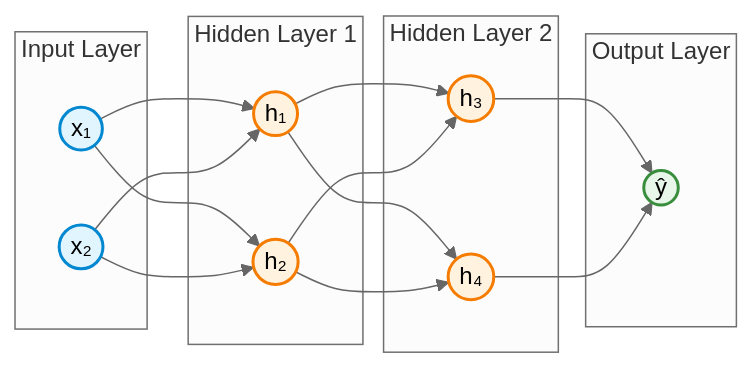
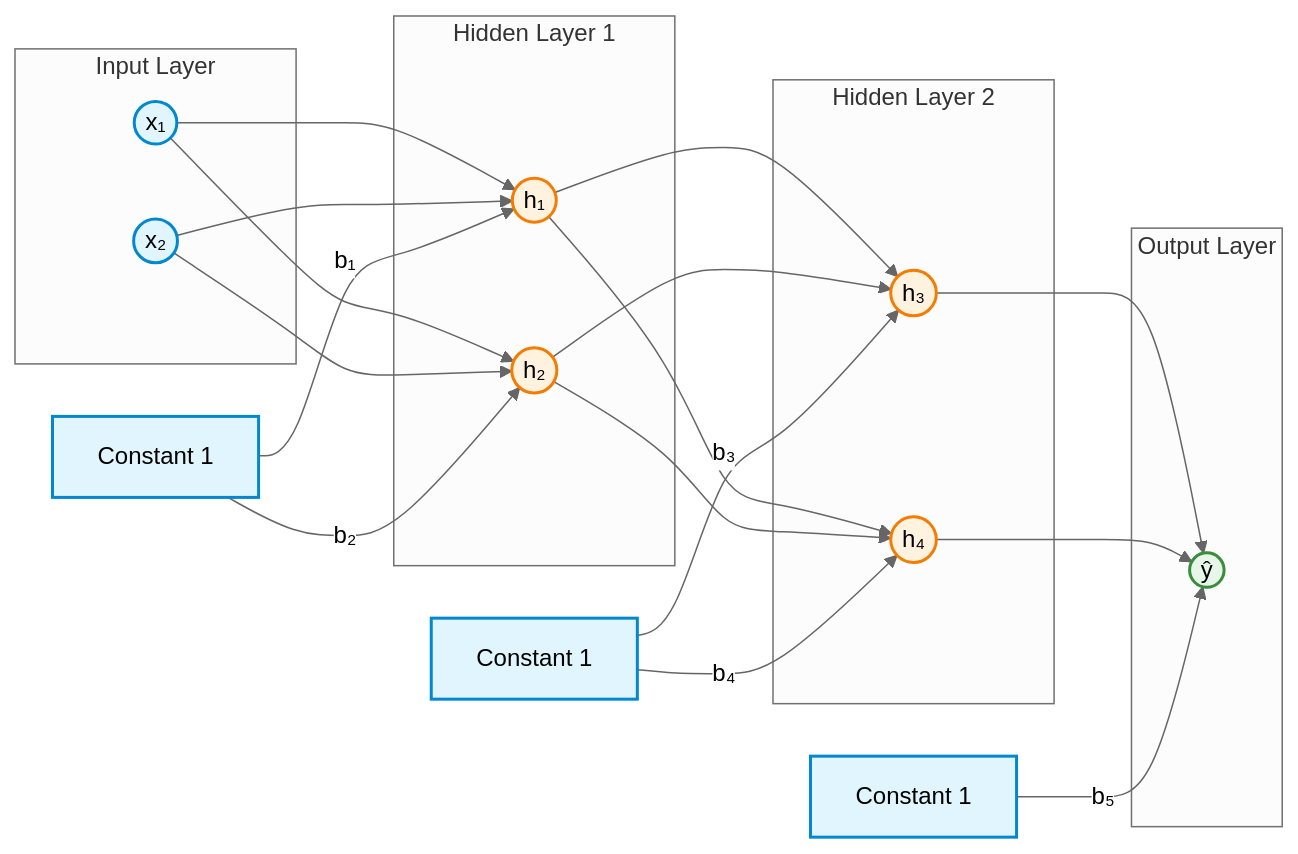
The second of 3 diagrams in material/theory2.md (AI-Learning-Repo/Neural-Networks), drawn with Mermaid (neutral theme) before and after one commit. The commit also changed other lines of this file and 3 other files, not shown here.

````diff
--- a/material/theory2.md
+++ b/material/theory2.md
@@ -81,36 +113,49 @@
 ```mermaid
 graph LR
     classDef input fill:#e1f5fe,stroke:#0288d1,stroke-width:2px;
     classDef hidden fill:#fff3e0,stroke:#f57c00,stroke-width:2px;
     classDef output fill:#e8f5e9,stroke:#388e3c,stroke-width:2px;
 
     subgraph Input_Layer["Input Layer"]
         x1(("x₁")):::input
         x2(("x₂")):::input
     end
 
     subgraph Hidden_Layer_1["Hidden Layer 1"]
         h11(("h₁")):::hidden
         h12(("h₂")):::hidden
     end
 
     subgraph Hidden_Layer_2["Hidden Layer 2"]
         h21(("h₃")):::hidden
         h22(("h₄")):::hidden
     end
 
     subgraph Output_Layer["Output Layer"]
         out(("ŷ")):::output
     end
 
+    b1["Constant 1"]:::input
+    b2["Constant 1"]:::input
+    b3["Constant 1"]:::input
+
     x1 --> h11
     x1 --> h12
     x2 --> h11
     x2 --> h12
+
+    b1 -->|"b₁"| h11
+    b1 -->|"b₂"| h12
+
     h11 --> h21
     h11 --> h22
     h12 --> h21
     h12 --> h22
+
+    b2 -->|"b₃"| h21
+    b2 -->|"b₄"| h22
+
     h21 --> out
     h22 --> out
+    b3 -->|"b₅"| out
 ```
````
